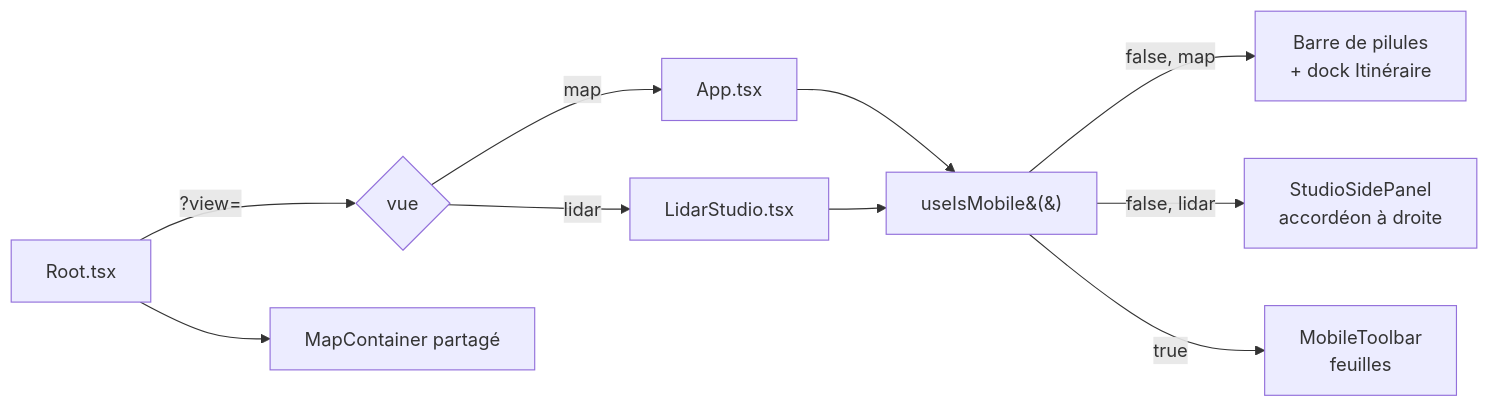
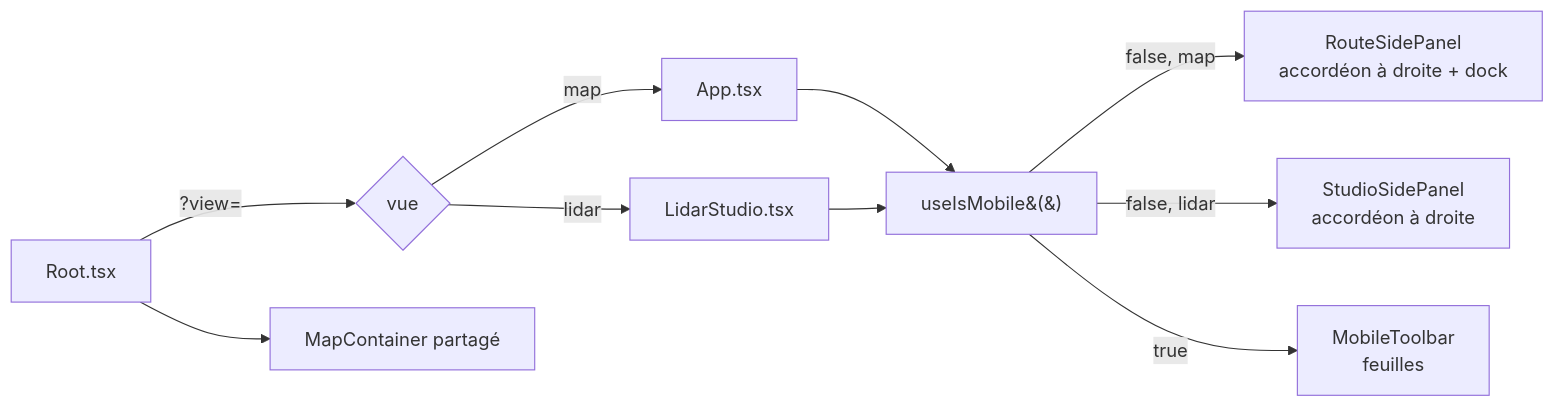
One commit to Plonk42/open-cairn changed the diagram in docs/UI_SHELL_AND_RESPONSIVE.md. Above: the diagram before and after it, drawn with Mermaid. The commit also changed other lines of this file and 29 other files, not shown here.

First line of the commit message:
Rework the desktop shell around one shared right-hand panel

````diff
--- a/docs/UI_SHELL_AND_RESPONSIVE.md
+++ b/docs/UI_SHELL_AND_RESPONSIVE.md
@@ -549,12 +619,12 @@
 ```mermaid
 flowchart LR
     Root[Root.tsx] -->|?view=| Which{vue}
     Root --> Map[MapContainer partagé]
     Which -->|map| App[App.tsx]
     Which -->|lidar| Studio[LidarStudio.tsx]
     App --> Hook[useIsMobile&#40;&#41;]
     Studio --> Hook
-    Hook -->|false, map| Desktop[Barre de pilules<br/>+ dock Itinéraire]
+    Hook -->|false, map| Desktop[RouteSidePanel<br/>accordéon à droite + dock]
     Hook -->|false, lidar| Panel[StudioSidePanel<br/>accordéon à droite]
     Hook -->|true| Mobile[MobileToolbar<br/>feuilles]
 ```
````
